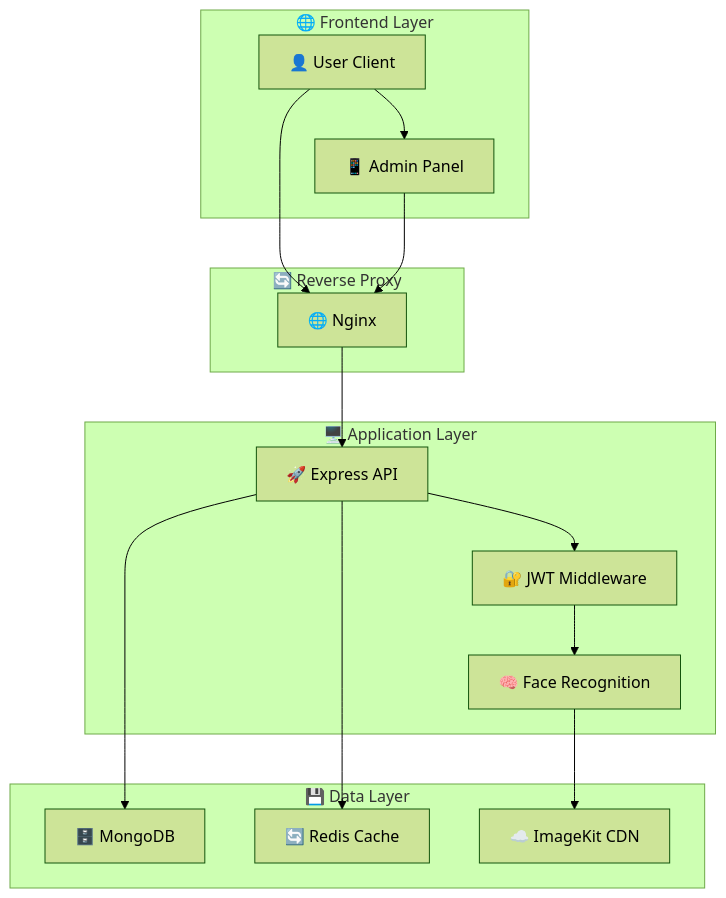
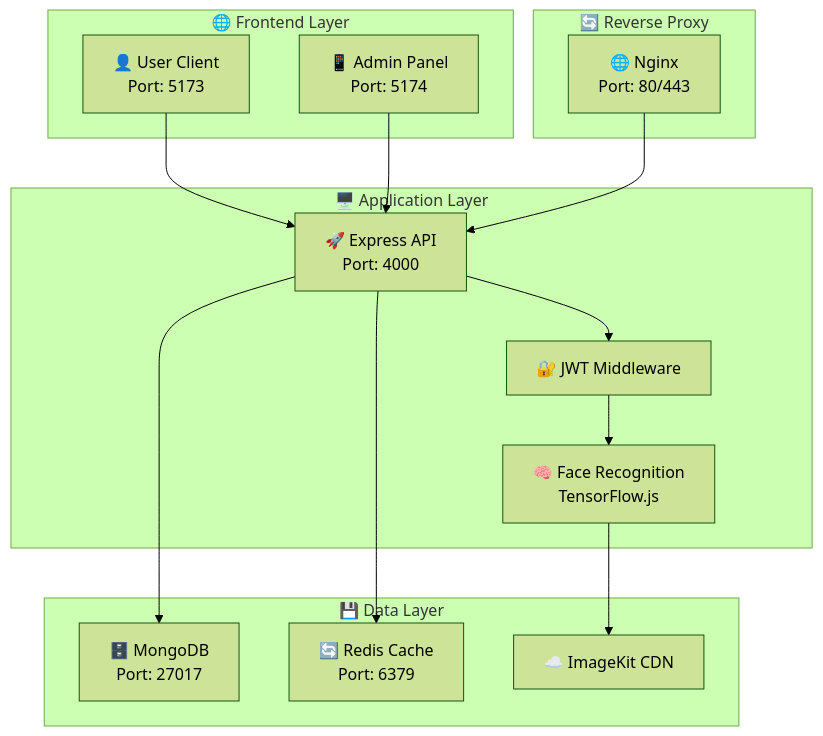
One commit to AAYUSH412/Face-Recognition-Attendance-System changed the diagram in PROJECT_STRUCTURE.md. Above: the diagram before and after it, drawn with Mermaid (forest theme). The commit also changed other lines of this file and 30 other files, not shown here.

````diff
--- a/PROJECT_STRUCTURE.md
+++ b/PROJECT_STRUCTURE.md
@@ -250,31 +373,32 @@
 ```mermaid
 graph TB
     subgraph "🌐 Frontend Layer"
-        A[👤 User Client] --> B[📱 Admin Panel]
+        A[👤 User Client<br/>Port: 5173] 
+        B[📱 Admin Panel<br/>Port: 5174]
     end
     
     subgraph "🔄 Reverse Proxy"
-        C[🌐 Nginx]
+        C[🌐 Nginx<br/>Port: 80/443]
     end
     
     subgraph "🖥️ Application Layer"
-        D[🚀 Express API]
+        D[🚀 Express API<br/>Port: 4000]
         E[🔐 JWT Middleware]
-        F[🧠 Face Recognition]
+        F[🧠 Face Recognition<br/>TensorFlow.js]
     end
     
     subgraph "💾 Data Layer"
-        G[🗄️ MongoDB]
-        H[🔄 Redis Cache]
+        G[🗄️ MongoDB<br/>Port: 27017]
+        H[🔄 Redis Cache<br/>Port: 6379]
         I[☁️ ImageKit CDN]
     end
     
-    A --> C
-    B --> C
+    A --> D
+    B --> D
     C --> D
     D --> E
     E --> F
     D --> G
     D --> H
     F --> I
 ```
````
